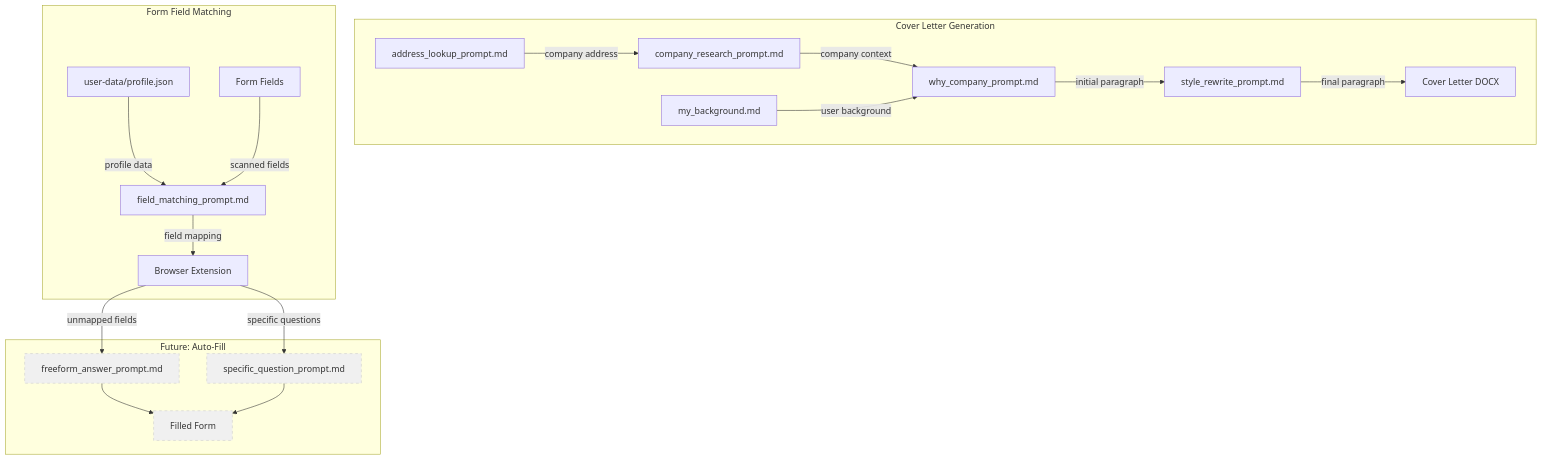
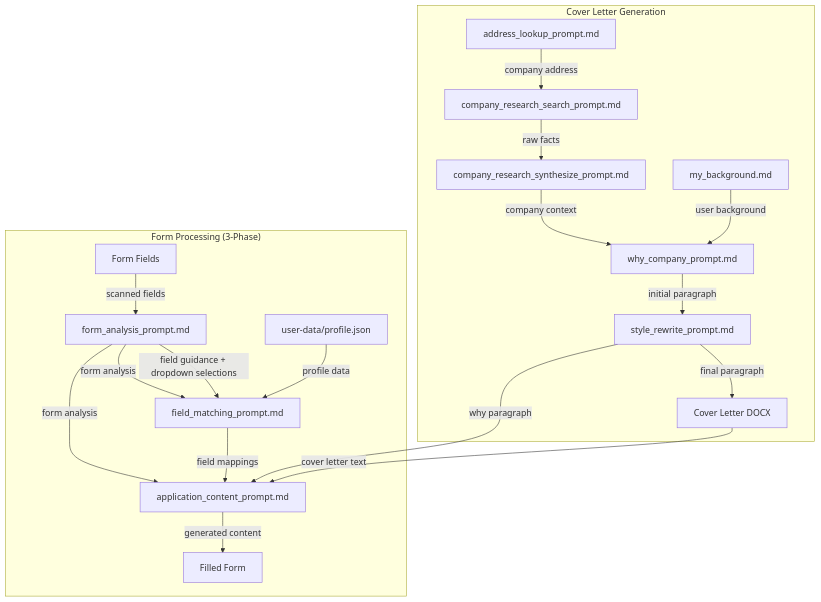
One commit to Averroes90/Jobz2.0 changed the diagram in prompts/README.md. Above: the diagram before and after it, drawn with Mermaid. The commit also changed other lines of this file and 18 other files, not shown here.

````diff
--- a/prompts/README.md
+++ b/prompts/README.md
@@ -7,27 +7,23 @@
 ```mermaid
 graph TD
     subgraph "Cover Letter Generation"
-        A[address_lookup_prompt.md] -->|company address| B[company_research_prompt.md]
-        B -->|company context| C[why_company_prompt.md]
-        D[my_background.md] -->|user background| C
-        C -->|initial paragraph| E[style_rewrite_prompt.md]
-        E -->|final paragraph| F[Cover Letter DOCX]
+        A[address_lookup_prompt.md] -->|company address| B[company_research_search_prompt.md]
+        B -->|raw facts| C[company_research_synthesize_prompt.md]
+        C -->|company context| D[why_company_prompt.md]
+        E[my_background.md] -->|user background| D
+        D -->|initial paragraph| F[style_rewrite_prompt.md]
+        F -->|final paragraph| G[Cover Letter DOCX]
     end
 
-    subgraph "Form Field Matching"
-        G[field_matching_prompt.md] -->|field mapping| H[Browser Extension]
-        I[user-data/profile.json] -->|profile data| G
-        J[Form Fields] -->|scanned fields| G
+    subgraph "Form Processing (3-Phase)"
+        H[Form Fields] -->|scanned fields| I[form_analysis_prompt.md]
+        I -->|field guidance + dropdown selections| J[field_matching_prompt.md]
+        K[user-data/profile.json] -->|profile data| J
+        I -->|form analysis| J
+        J -->|field mappings| L[application_content_prompt.md]
+        G -->|cover letter text| L
+        F -->|why paragraph| L
+        I -->|form analysis| L
+        L -->|generated content| M[Filled Form]
     end
-
-    subgraph "Future: Auto-Fill"
-        H -->|unmapped fields| K[freeform_answer_prompt.md]
-        H -->|specific questions| L[specific_question_prompt.md]
-        K --> M[Filled Form]
-        L --> M
-    end
-
-    style K fill:#f0f0f0,stroke:#ccc,stroke-dasharray: 5 5
-    style L fill:#f0f0f0,stroke:#ccc,stroke-dasharray: 5 5
-    style M fill:#f0f0f0,stroke:#ccc,stroke-dasharray: 5 5
 ```
````
